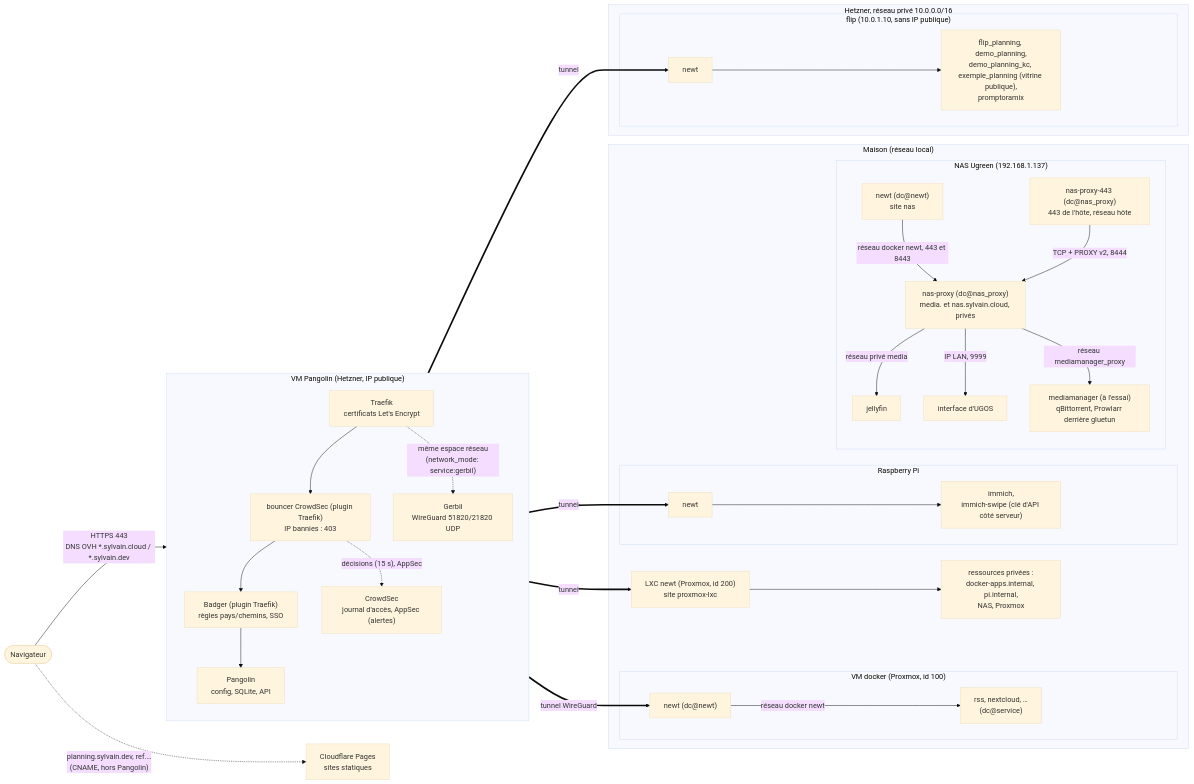
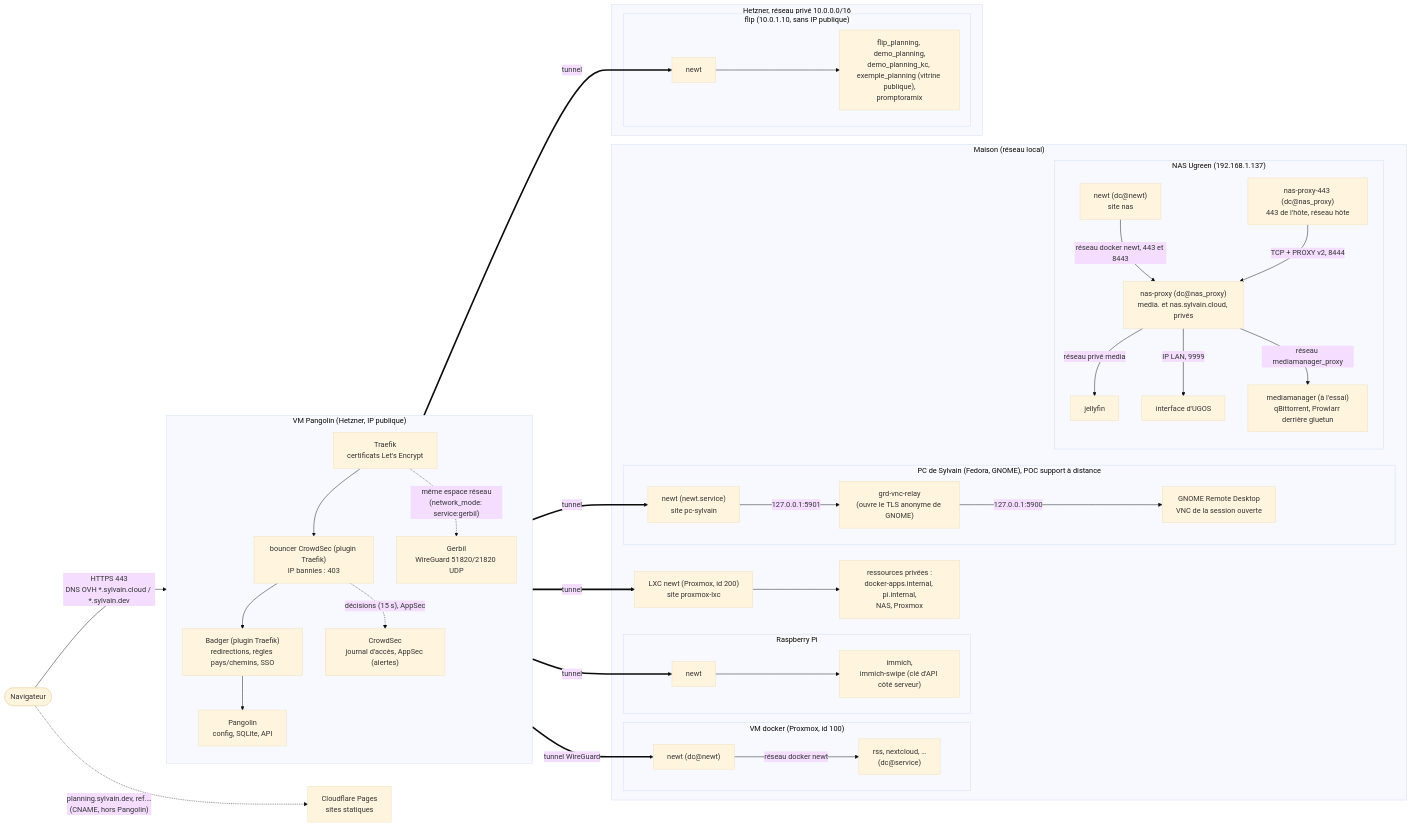
Before and after one commit to sylvainmetayer/homelab: the first of 4 diagrams in docs/architecture.md, drawn with Mermaid (base theme). The commit also changed other lines of this file, not shown here.

First line of the commit message:
docs(architecture): support à distance et redirections par Pangolin

````diff
--- a/docs/architecture.md
+++ b/docs/architecture.md
@@ -10,46 +10,51 @@
 ```mermaid
 flowchart LR
   user([Navigateur]) -- "HTTPS 443<br/>DNS OVH *.sylvain.cloud / *.sylvain.dev" --> traefik
   user -. "planning.sylvain.dev, ref.…<br/>(CNAME, hors Pangolin)" .-> cfpages["Cloudflare Pages<br/>sites statiques"]
 
   subgraph pangolin_vm["VM Pangolin (Hetzner, IP publique)"]
     direction TB
     traefik["Traefik<br/>certificats Let's Encrypt"]
     bouncer["bouncer CrowdSec (plugin Traefik)<br/>IP bannies : 403"]
     crowdsec["CrowdSec<br/>journal d'accès, AppSec (alertes)"]
-    badger["Badger (plugin Traefik)<br/>règles pays/chemins, SSO"]
+    badger["Badger (plugin Traefik)<br/>redirections, règles pays/chemins, SSO"]
     pangolin_app["Pangolin<br/>config, SQLite, API"]
     gerbil["Gerbil<br/>WireGuard 51820/21820 UDP"]
     traefik --> bouncer --> badger --> pangolin_app
     bouncer -. "décisions (15 s), AppSec" .-> crowdsec
     traefik -. "même espace réseau<br/>(network_mode: service:gerbil)" .-> gerbil
   end
 
   gerbil == "tunnel WireGuard" ==> newt_docker
   gerbil == tunnel ==> newt_pi
   gerbil == tunnel ==> newt_flip
   gerbil == tunnel ==> newt_lxc
+  gerbil == tunnel ==> newt_pc
 
   subgraph home["Maison (réseau local)"]
     subgraph docker_vm["VM docker (Proxmox, id 100)"]
       newt_docker["newt (dc@newt)"] -- "réseau docker newt" --> app1["rss, nextcloud, …<br/>(dc@service)"]
     end
     subgraph pi["Raspberry Pi"]
       newt_pi[newt] --> immich["immich,<br/>immich-swipe (clé d'API côté serveur)"]
     end
     newt_lxc["LXC newt (Proxmox, id 200)<br/>site proxmox-lxc"] --> lan["ressources privées :<br/>docker-apps.internal, pi.internal,<br/>NAS, Proxmox"]
+    subgraph pc["PC de Sylvain (Fedora, GNOME), POC support à distance"]
+      newt_pc["newt (newt.service)<br/>site pc-sylvain"] -- "127.0.0.1:5901" --> relay_vnc["grd-vnc-relay<br/>(ouvre le TLS anonyme de GNOME)"]
+      relay_vnc -- "127.0.0.1:5900" --> grd["GNOME Remote Desktop<br/>VNC de la session ouverte"]
+    end
     subgraph nas["NAS Ugreen (192.168.1.137)"]
       newt_nas["newt (dc@newt)<br/>site nas"] -- "réseau docker newt, 443 et 8443" --> traefik_nas["nas-proxy (dc@nas_proxy)<br/>media. et nas.sylvain.cloud, privés"]
       relay_nas["nas-proxy-443 (dc@nas_proxy)<br/>443 de l'hôte, réseau hôte"] -- "TCP + PROXY v2, 8444" --> traefik_nas
       traefik_nas -- "réseau privé media" --> jellyfin[jellyfin]
       traefik_nas -- "IP LAN, 9999" --> ugos[interface d'UGOS]
       traefik_nas -- "réseau mediamanager_proxy" --> mediamanager["mediamanager (à l'essai)<br/>qBittorrent, Prowlarr derrière gluetun"]
     end
   end
 
   subgraph hetzner_priv["Hetzner, réseau privé 10.0.0.0/16"]
     subgraph flip["flip (10.0.1.10, sans IP publique)"]
       newt_flip[newt] --> fp["flip_planning, demo_planning,<br/>demo_planning_kc, exemple_planning (vitrine publique),<br/>promptoramix"]
     end
   end
 ```
````
